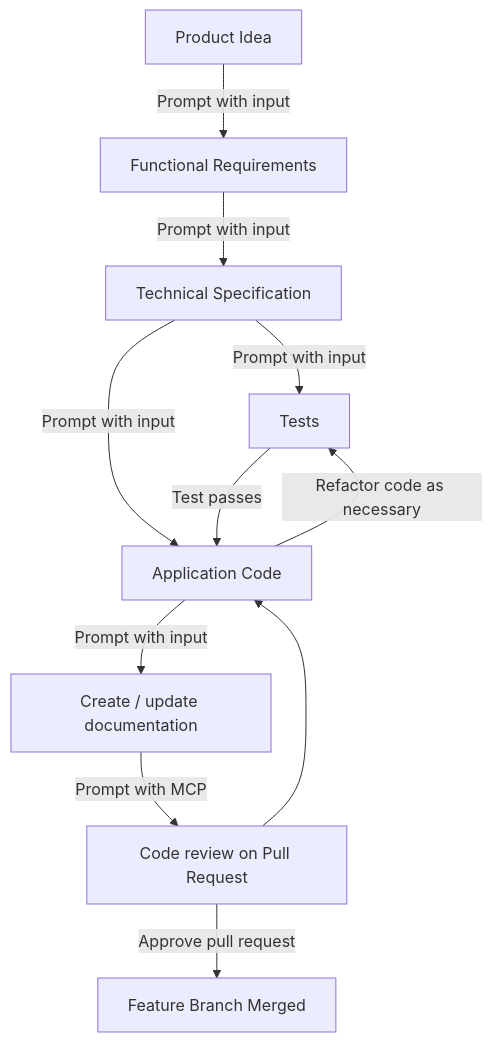
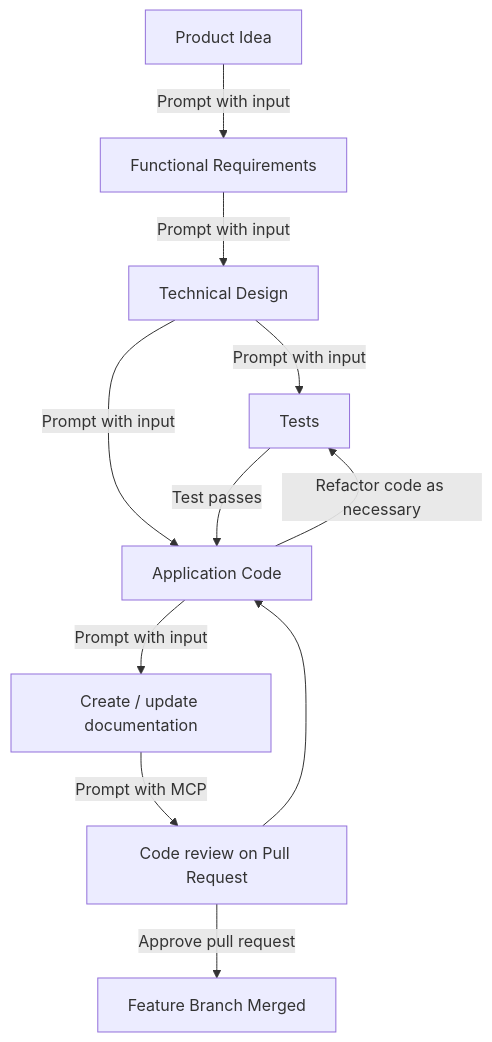
One commit to kevinlin/ai-sdlc-playbook changed the diagram in docs/workflow/feature-based-development/01-getting-started.md. Above: the diagram before and after it, drawn with Mermaid. The commit also changed 5 other files, not shown here.

Commit message:
Rename title: `Technical Specification` -> `Technical design` and updated all references

````diff
--- a/docs/workflow/feature-based-development/01-getting-started.md
+++ b/docs/workflow/feature-based-development/01-getting-started.md
@@ -13,16 +13,16 @@
 ```mermaid
 ---
 config:
   layout: dagre
 ---
 flowchart TD
     A["Product Idea"] -- Prompt with input --> B["Functional Requirements"]
-    B -- Prompt with input --> C["Technical Specification"]
+    B -- Prompt with input --> C["Technical Design"]
     C -- Prompt with input --> D["Tests"] & E["Application Code"]
     D -- Test passes --> E
     E -- Refactor code as necessary --> D
     E -- Prompt with input --> G["Create / update documentation"]
     G -- Prompt with MCP --> H["Code review on Pull Request"]
     H --> E
     H -- Approve pull request --> I["Feature Branch Merged"]
 ```
````
